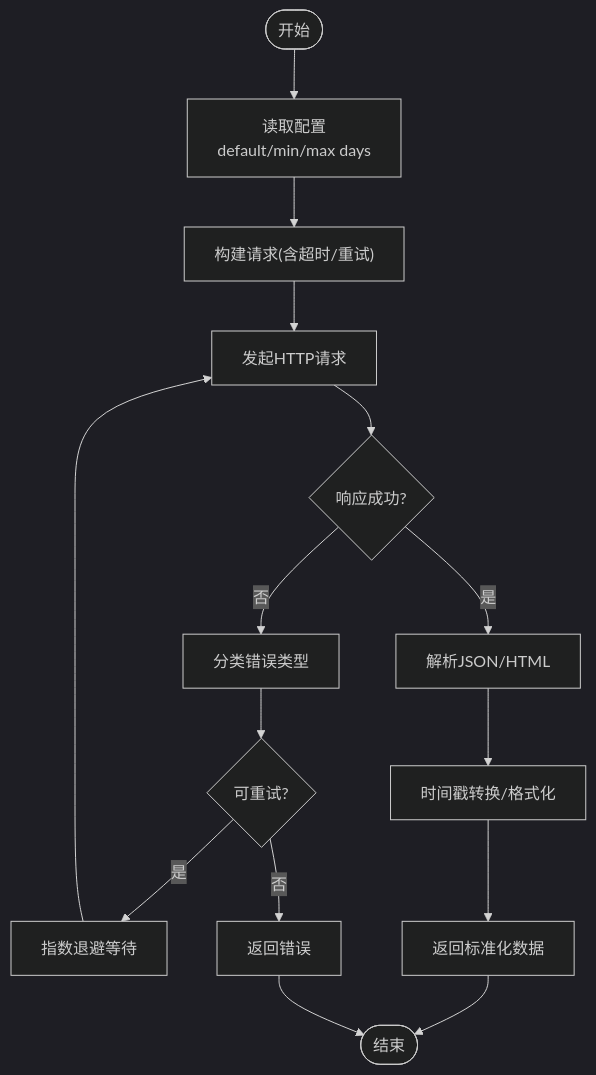
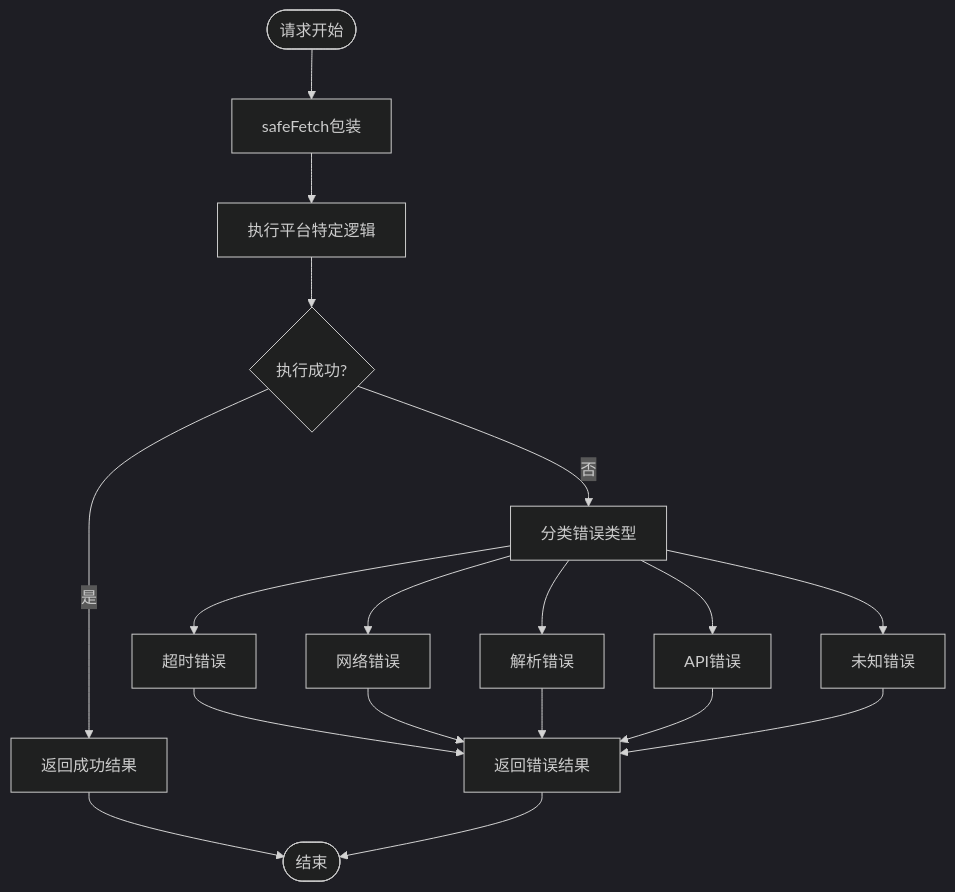
The second of 3 diagrams in .qoder/repowiki/zh/content/外部平台集成.md (Siborne/OJFlow), drawn with Mermaid (dark theme) before and after one commit. The commit also changed other lines of this file and 23 other files, not shown here.

````diff
--- a/.qoder/repowiki/zh/content/外部平台集成.md
+++ b/.qoder/repowiki/zh/content/外部平台集成.md
@@ -237,16 +174,20 @@
 ```mermaid
 flowchart TD
-Start(["开始"]) --> CheckCfg["读取配置<br/>default/min/max days"]
-CheckCfg --> BuildReq["构建请求(含超时/重试)"]
-BuildReq --> Fetch["发起HTTP请求"]
-Fetch --> Resp{"响应成功?"}
-Resp --> |否| ClassErr["分类错误类型"]
-ClassErr --> Retry{"可重试?"}
-Retry --> |是| Backoff["指数退避等待"] --> Fetch
-Retry --> |否| ReturnErr["返回错误"]
-Resp --> |是| Parse["解析JSON/HTML"]
-Parse --> Transform["时间戳转换/格式化"]
-Transform --> ReturnOK["返回标准化数据"]
-ReturnOK --> End(["结束"])
-ReturnErr --> End
+Start(["请求开始"]) --> SafeFetch["safeFetch包装"]
+SafeFetch --> Execute["执行平台特定逻辑"]
+Execute --> Success{"执行成功?"}
+Success --> |是| SuccessResult["返回成功结果"]
+Success --> |否| ClassifyError["分类错误类型"]
+ClassifyError --> Timeout["超时错误"]
+ClassifyError --> Network["网络错误"]
+ClassifyError --> Parse["解析错误"]
+ClassifyError --> Api["API错误"]
+ClassifyError --> Unknown["未知错误"]
+Timeout --> ReturnError["返回错误结果"]
+Network --> ReturnError
+Parse --> ReturnError
+Api --> ReturnError
+Unknown --> ReturnError
+SuccessResult --> End(["结束"])
+ReturnError --> End
 ```
````
